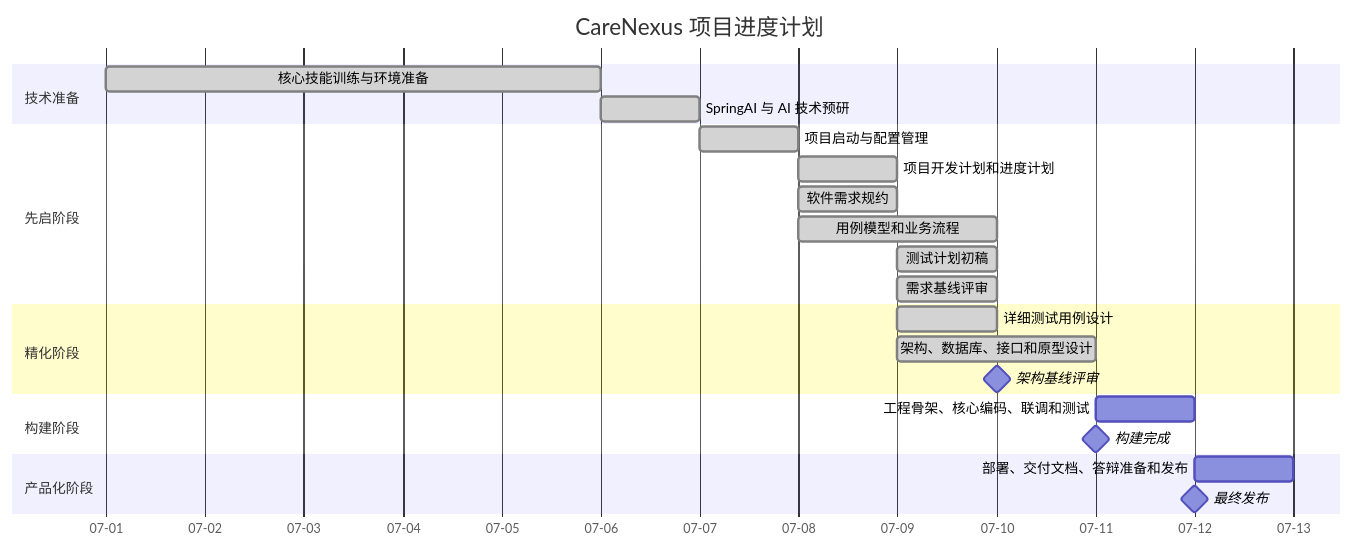
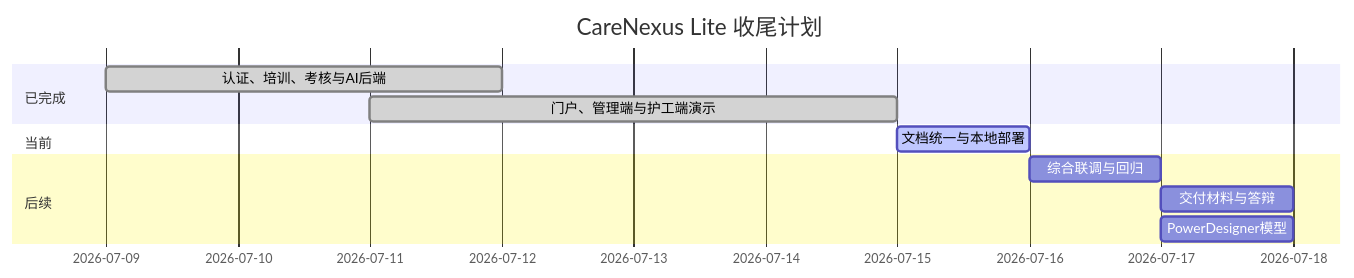
One commit to thesantaana/Care-Nexus changed the diagram in docs/plans/项目进度计划.md. Above: the diagram before and after it, drawn with Mermaid. The commit also changed other lines of this file and 110 other files, not shown here.

Commit message:
feat: consolidate latest CareNexus Lite product

````diff
--- a/docs/plans/项目进度计划.md
+++ b/docs/plans/项目进度计划.md
@@ -138,31 +3,14 @@
 ```mermaid
 gantt
-    title CareNexus 项目进度计划
-    dateFormat  YYYY-MM-DD
-    axisFormat  %m-%d
-
-    section 技术准备
-    核心技能训练与环境准备 :done, prep1, 2026-07-01, 5d
-    SpringAI 与 AI 技术预研 :done, prep2, 2026-07-06, 1d
-
-    section 先启阶段
-    项目启动与配置管理 :done, inc1, 2026-07-07, 1d
-    项目开发计划和进度计划 :done, inc2, 2026-07-08, 1d
-    软件需求规约 :done, inc3, 2026-07-08, 1d
-    用例模型和业务流程 :done, inc4, 2026-07-08, 2d
-    测试计划初稿 :done, inc5, 2026-07-09, 1d
-    需求基线评审 :done, m1, 2026-07-09, 1d
-
-    section 精化阶段
-    详细测试用例设计 :done, ela-test, 2026-07-09, 1d
-    架构、数据库、接口和原型设计 :done, ela1, 2026-07-09, 2d
-    架构基线评审 :milestone, m2, 2026-07-10, 0d
-
-    section 构建阶段
-    工程骨架、核心编码、联调和测试 :con1, 2026-07-11, 1d
-    构建完成 :milestone, m3, 2026-07-11, 0d
-
-    section 产品化阶段
-    部署、交付文档、答辩准备和发布 :tra1, 2026-07-12, 1d
-    最终发布 :milestone, m4, 2026-07-12, 0d
+  title CareNexus Lite 收尾计划
+  dateFormat YYYY-MM-DD
+  section 已完成
+  认证、培训、考核与AI后端 :done, a1, 2026-07-09, 3d
+  门户、管理端与护工端演示 :done, a2, 2026-07-11, 4d
+  section 当前
+  文档统一与本地部署 :active, a3, 2026-07-15, 1d
+  section 后续
+  综合联调与回归 :a4, after a3, 1d
+  交付材料与答辩 :a5, after a4, 1d
+  PowerDesigner模型 :a6, after a4, 1d
 ```
````
